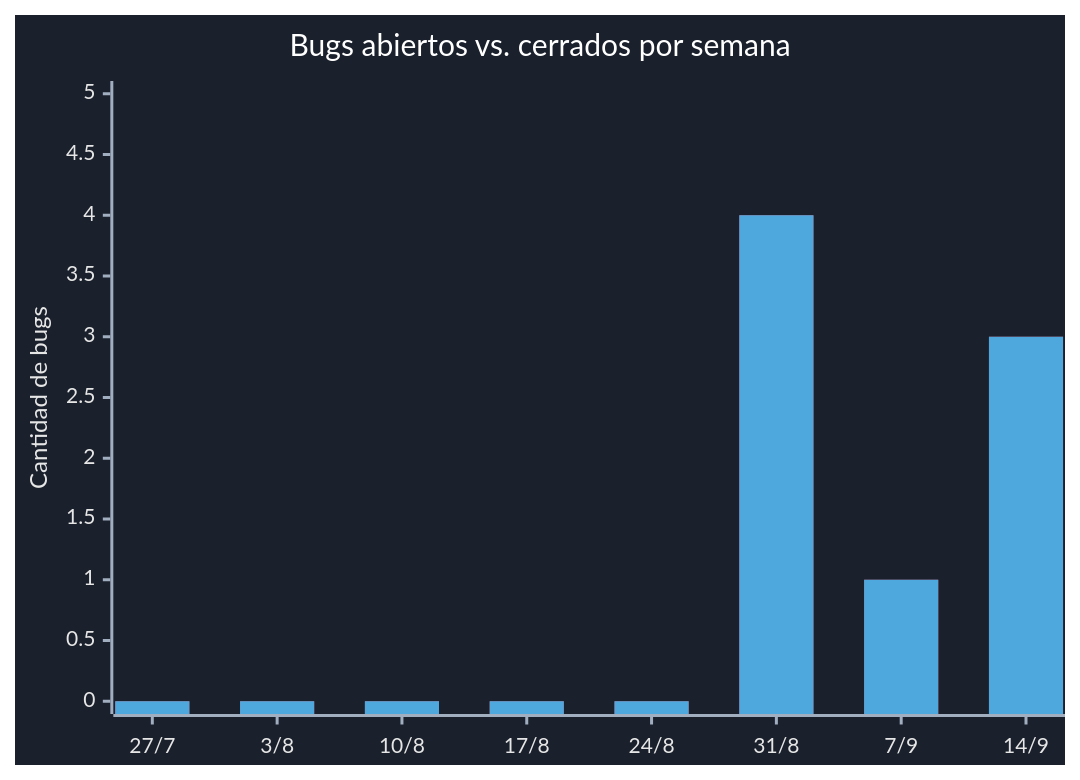
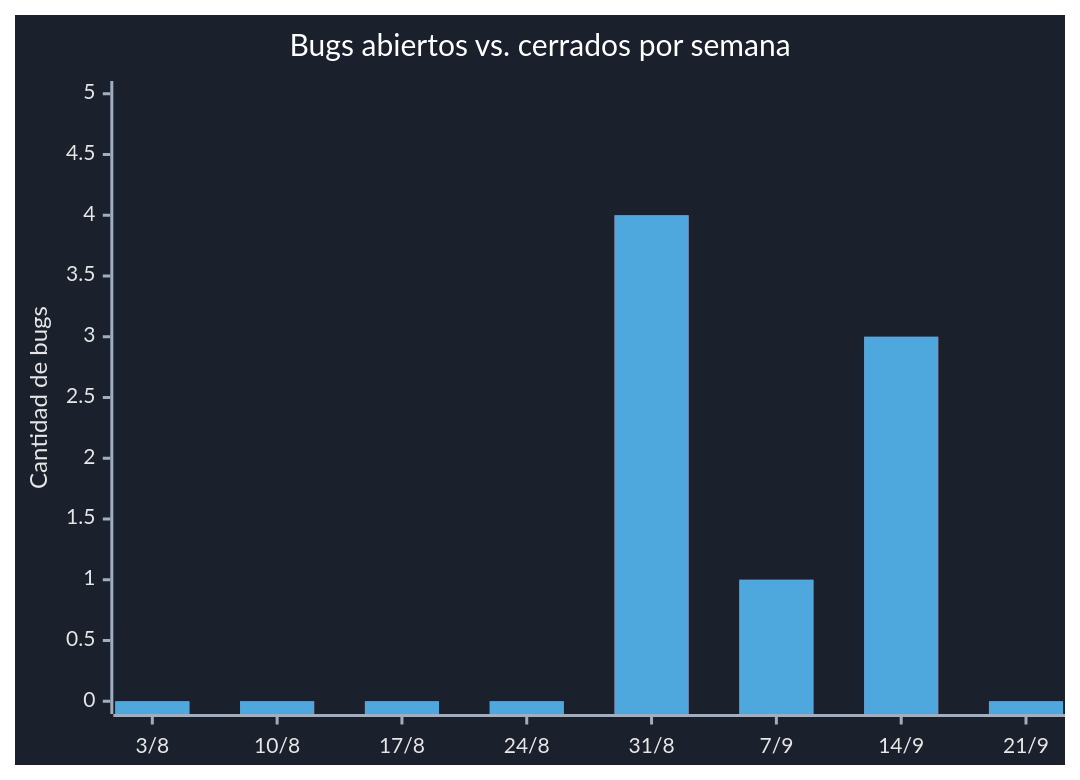
Before and after one commit to VED-VirtualExperienceDevelopment/bistrolink: the diagram in docs/dashboard-bugs-github.md, drawn with Mermaid. The commit also changed other lines of this file, not shown here.

````diff
--- a/docs/dashboard-bugs-github.md
+++ b/docs/dashboard-bugs-github.md
@@ -30,24 +27,24 @@
 ```mermaid
 %%{init: {'theme':'base', 'themeVariables': {
   'background': '#1a202c',
   'xyChart': {
     'backgroundColor': '#1a202c',
     'titleColor': '#ffffff',
     'xAxisLabelColor': '#e6e6e6',
     'xAxisTitleColor': '#e6e6e6',
     'xAxisTickColor': '#a0aec0',
     'xAxisLineColor': '#a0aec0',
     'yAxisLabelColor': '#e6e6e6',
     'yAxisTitleColor': '#e6e6e6',
     'yAxisTickColor': '#a0aec0',
     'yAxisLineColor': '#a0aec0',
     'plotColorPalette': '#e05263, #4ea8de'
   }
 }}}%%
 xychart-beta
     title "Bugs abiertos vs. cerrados por semana"
-    x-axis ["27/7", "3/8", "10/8", "17/8", "24/8", "31/8", "7/9", "14/9"]
+    x-axis ["3/8", "10/8", "17/8", "24/8", "31/8", "7/9", "14/9", "21/9"]
     y-axis "Cantidad de bugs" 0 --> 5
-    bar "Abiertos" [0, 0, 0, 0, 0, 4, 1, 3]
-    bar "Cerrados" [0, 0, 0, 0, 0, 4, 1, 3]
+    bar "Abiertos" [0, 0, 0, 0, 4, 1, 3, 0]
+    bar "Cerrados" [0, 0, 0, 0, 4, 1, 3, 0]
 ```
````
